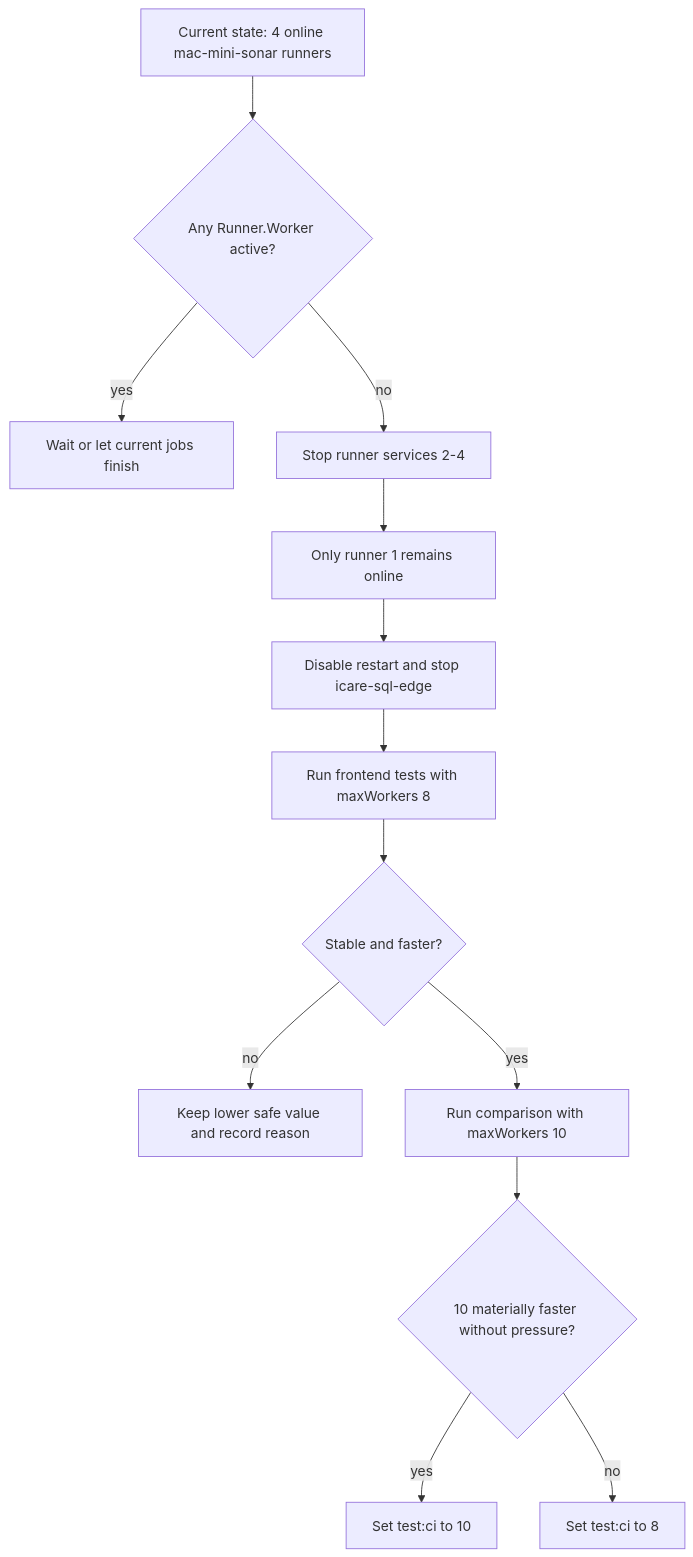
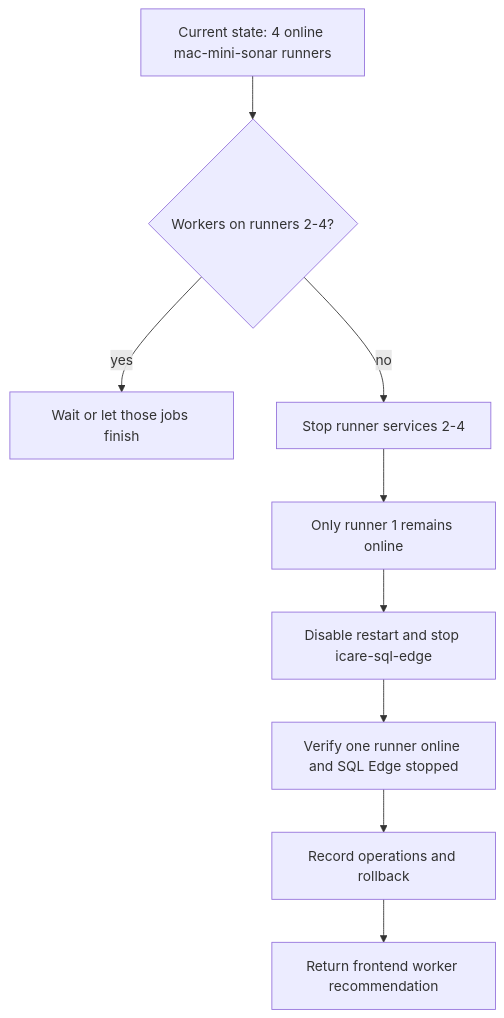
One commit to IAmKongHai/Server-Operations changed the diagram in docs/plans/2026-06-10-001-perf-mac-mini-runner-serial-vitest-plan.md. Above: the diagram before and after it, drawn with Mermaid. The commit also changed other lines of this file and 1 other file, not shown here.

Commit message:
docs: 记录 mac-mini runner 串行化调整

````diff
--- a/docs/plans/2026-06-10-001-perf-mac-mini-runner-serial-vitest-plan.md
+++ b/docs/plans/2026-06-10-001-perf-mac-mini-runner-serial-vitest-plan.md
@@ -86,15 +86,11 @@
 ```mermaid
 flowchart TB
-  A[Current state: 4 online mac-mini-sonar runners] --> B{Any Runner.Worker active?}
-  B -->|yes| C[Wait or let current jobs finish]
+  A[Current state: 4 online mac-mini-sonar runners] --> B{Workers on runners 2-4?}
+  B -->|yes| C[Wait or let those jobs finish]
   B -->|no| D[Stop runner services 2-4]
   D --> E[Only runner 1 remains online]
   E --> F[Disable restart and stop icare-sql-edge]
-  F --> G[Run frontend tests with maxWorkers 8]
-  G --> H{Stable and faster?}
-  H -->|no| I[Keep lower safe value and record reason]
-  H -->|yes| J[Run comparison with maxWorkers 10]
-  J --> K{10 materially faster without pressure?}
-  K -->|yes| L[Set test:ci to 10]
-  K -->|no| M[Set test:ci to 8]
+  F --> G[Verify one runner online and SQL Edge stopped]
+  G --> H[Record operations and rollback]
+  H --> I[Return frontend worker recommendation]
 ```
````
